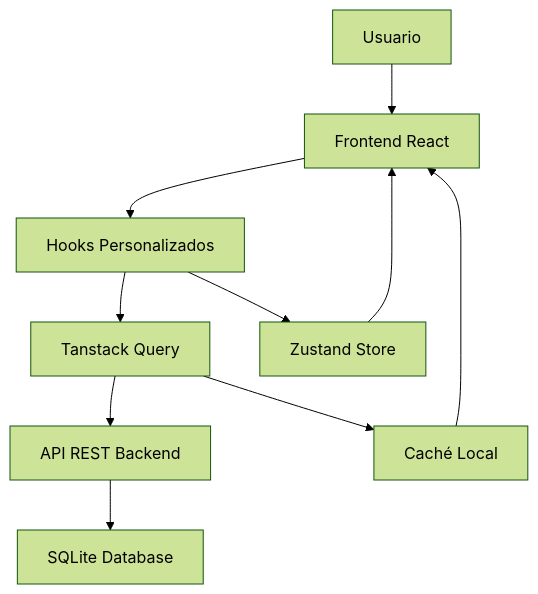
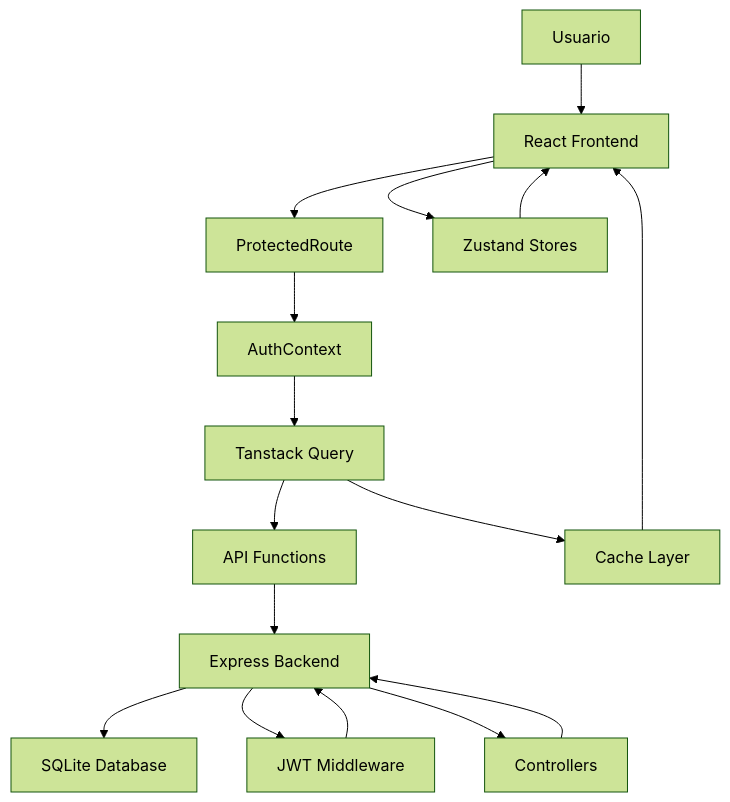
The diagram in To-Do-Vite/README.md (amilcarrey/uap-web-development), drawn with Mermaid (forest theme) before and after one commit. The commit also changed other lines of this file and 3 other files, not shown here.

````diff
--- a/To-Do-Vite/README.md
+++ b/To-Do-Vite/README.md
@@ -153,12 +90,22 @@
 ```mermaid
 graph TD
-    A[Usuario] --> B[Frontend React]
-    B --> C[Hooks Personalizados]
-    C --> D[Tanstack Query]
-    D --> E[API REST Backend]
-    E --> F[SQLite Database]
-    C --> G[Zustand Store]
-    G --> B
-    D --> H[Caché Local]
-    H --> B
+    A[Usuario] --> B[React Frontend]
+    B --> C[ProtectedRoute]
+    C --> D[AuthContext]
+    D --> E[Tanstack Query]
+    E --> F[API Functions]
+    F --> G[Express Backend]
+    G --> H[SQLite Database]
+    
+    B --> I[Zustand Stores]
+    I --> B
+    
+    E --> J[Cache Layer]
+    J --> B
+    
+    G --> K[JWT Middleware]
+    K --> G
+    
+    G --> L[Controllers]
+    L --> G
 ```
````
